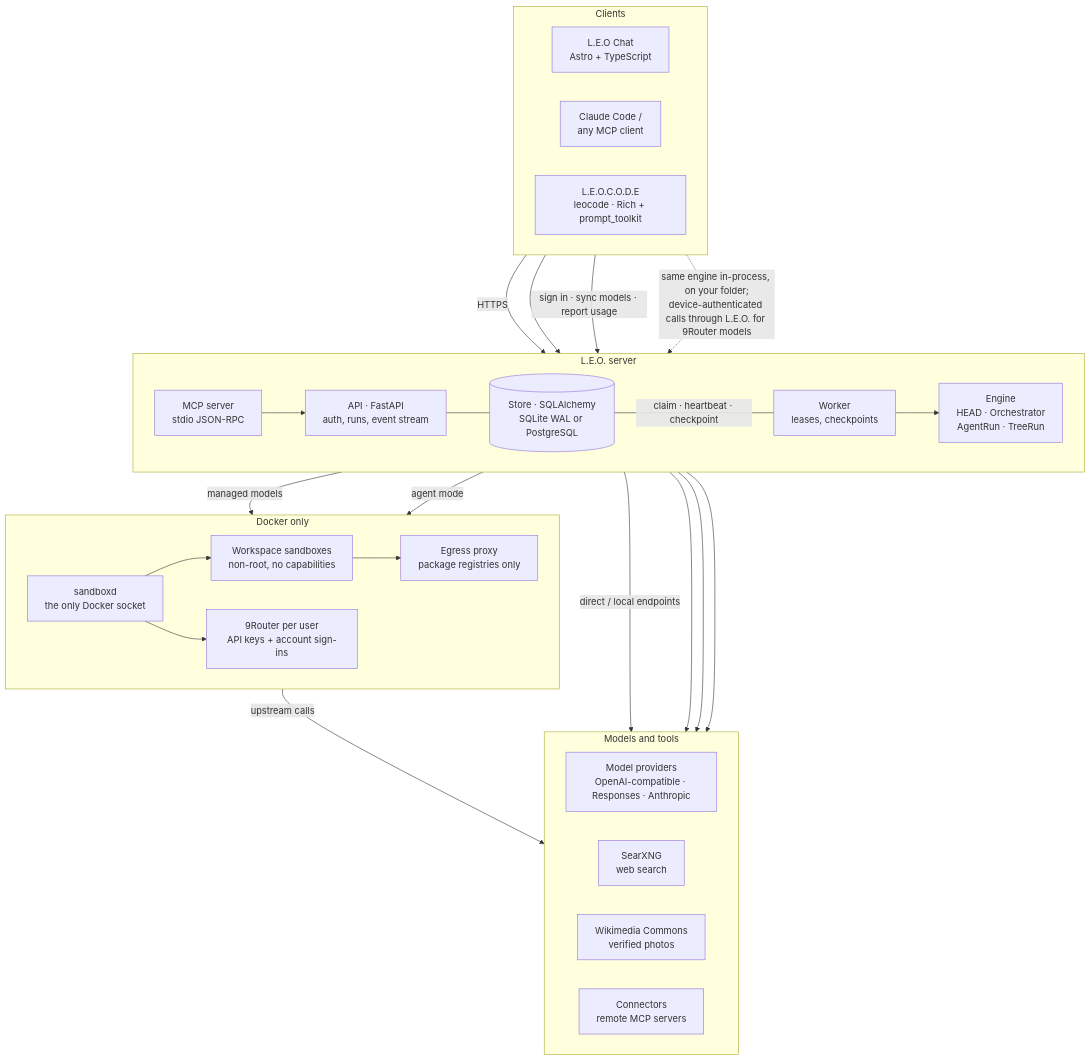
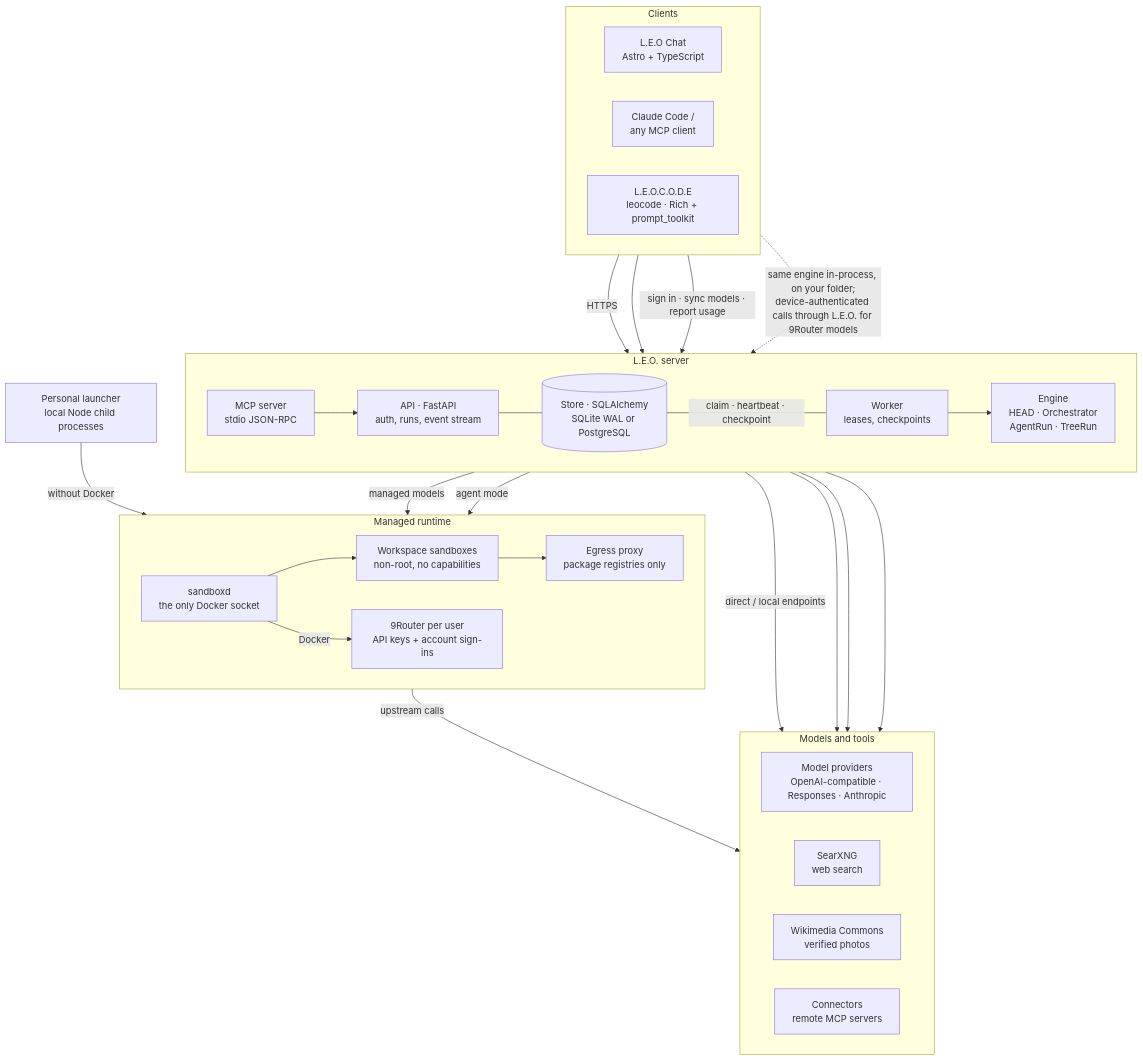
One commit to albertleooonardi/L.E.O changed the first of 3 diagrams in docs/architecture.md. Above: the diagram before and after it, drawn with Mermaid. The commit also changed other lines of this file and 30 other files, not shown here.

Commit message:
Add MIT licensing and Docker-free personal installation

````diff
--- a/docs/architecture.md
+++ b/docs/architecture.md
@@ -11,49 +11,50 @@
 ```mermaid
 flowchart TB
     subgraph Clients
         direction LR
         UI["L.E.O Chat<br/>Astro + TypeScript"]
         MCPC["Claude Code /<br/>any MCP client"]
         CLI["L.E.O.C.O.D.E<br/>leocode · Rich + prompt_toolkit"]
     end
 
     subgraph Server["L.E.O. server"]
         direction LR
         MCPS["MCP server<br/>stdio JSON-RPC"]
         API["API · FastAPI<br/>auth, runs, event stream"]
         DB[("Store · SQLAlchemy<br/>SQLite WAL or PostgreSQL")]
         WK["Worker<br/>leases, checkpoints"]
         ENG["Engine<br/>HEAD · Orchestrator<br/>AgentRun · TreeRun"]
     end
 
     subgraph Outside["Models and tools"]
         direction LR
         P["Model providers<br/>OpenAI-compatible · Responses · Anthropic"]
         SX["SearXNG<br/>web search"]
         WM["Wikimedia Commons<br/>verified photos"]
         CON["Connectors<br/>remote MCP servers"]
     end
 
-    subgraph Docker["Docker only"]
+    subgraph Docker["Managed runtime"]
         direction LR
         SBD["sandboxd<br/>the only Docker socket"]
         SBX["Workspace sandboxes<br/>non-root, no capabilities"]
         EG["Egress proxy<br/>package registries only"]
         R9["9Router per user<br/>API keys + account sign-ins"]
     end
 
     UI -->|HTTPS| API
     MCPC --> MCPS --> API
     CLI -->|sign in · sync models · report usage| API
     API --- DB
     DB ---|claim · heartbeat · checkpoint| WK
     WK --> ENG
     ENG -->|direct / local endpoints| P
     ENG -->|managed models| R9
     R9 -->|upstream calls| P
     ENG --> SX & WM & CON
     ENG -->|agent mode| SBD
     SBD --> SBX --> EG
-    SBD --> R9
+    SBD -->|Docker| R9
+    LOCAL["Personal launcher<br/>local Node child processes"] -->|without Docker| R9
     CLI -. "same engine in-process, on your folder;<br/>device-authenticated calls through L.E.O. for 9Router models" .-> ENG
 ```
````
